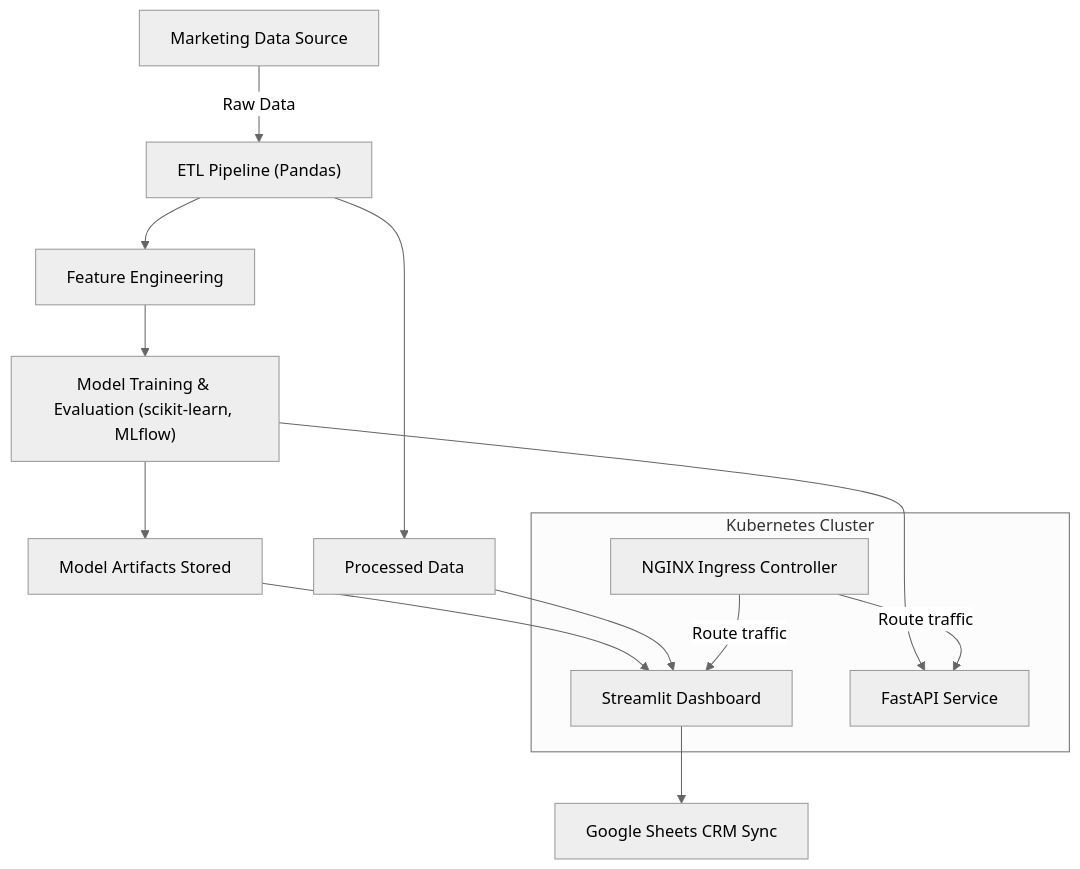
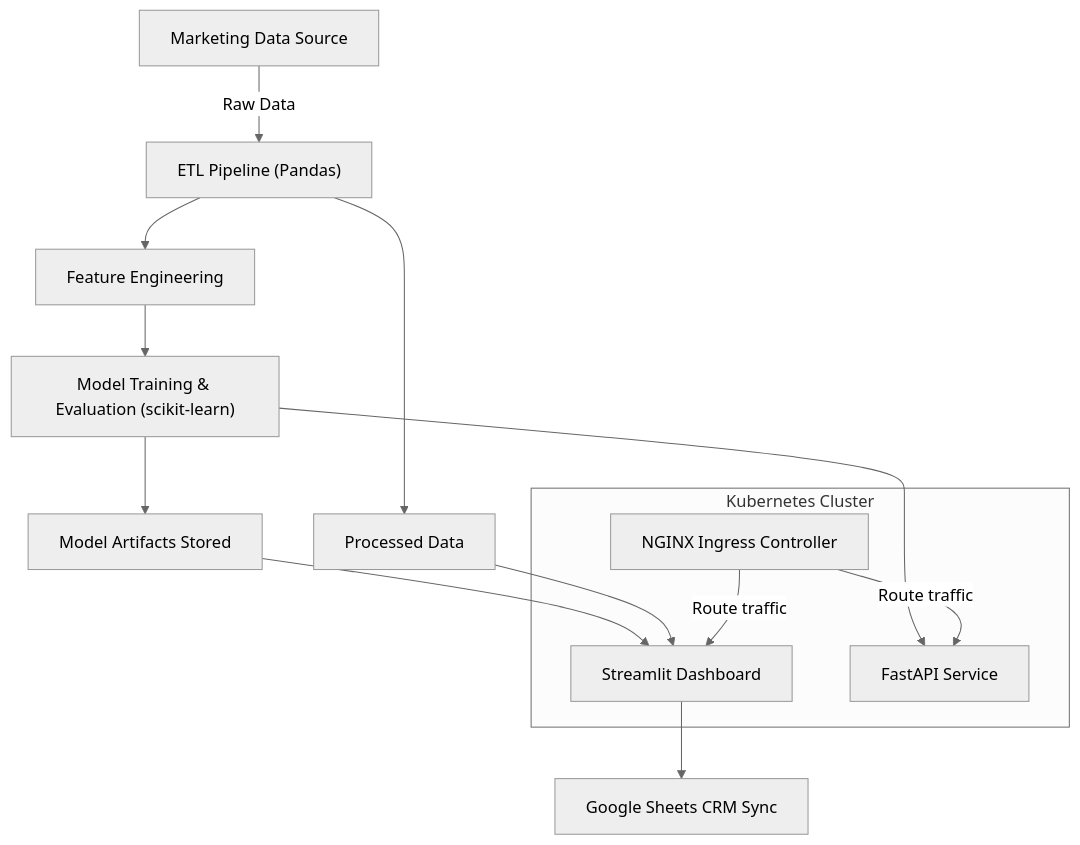
The diagram in README.md (Peippo1/marketing-analytics-pipeline), drawn with Mermaid (neutral theme) before and after one commit. The commit also changed other lines of this file and 6 other files, not shown here.

````diff
--- a/README.md
+++ b/README.md
@@ -10,32 +10,32 @@
 ```mermaid
 flowchart TD
     A["Marketing Data Source"]
     B["ETL Pipeline (Pandas)"]
     C["Feature Engineering"]
-    D["Model Training & Evaluation (scikit-learn, MLflow)"]
+    D["Model Training & Evaluation (scikit-learn)"]
     E["Model Artifacts Stored"]
     F["Processed Data"]
     G["Streamlit Dashboard"]
     H["Google Sheets CRM Sync"]
     I["FastAPI Service"]
     J["NGINX Ingress Controller"]
 
     A -->|Raw Data| B
     B --> C
     C --> D
     D --> E
     B --> F
     E --> G
     F --> G
     G --> H
     D --> I
 
     subgraph Kubernetes Cluster
         G
         I
         J
     end
 
     J -->|Route traffic| G
     J -->|Route traffic| I
 ```
````
